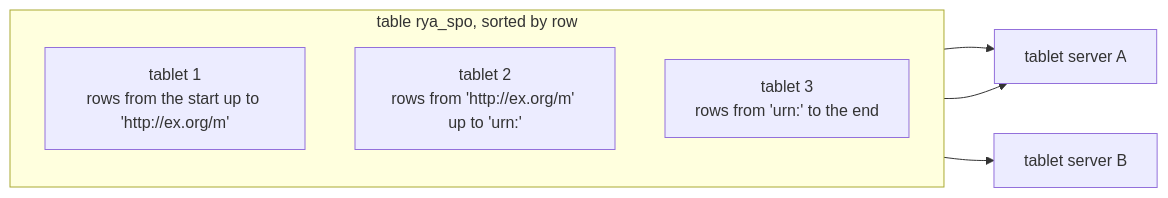
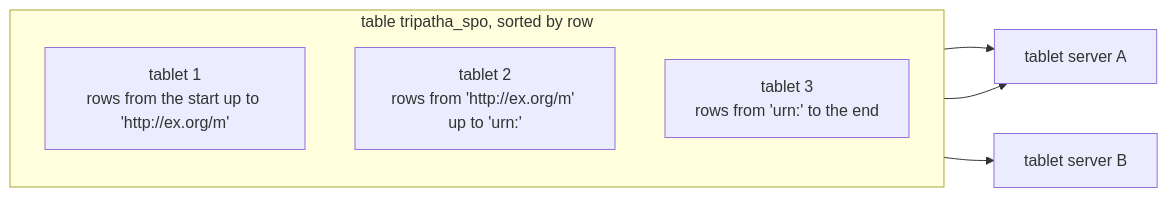
One commit to dgreco/rya-ng changed the second of 21 diagrams in ARCH.md. Above: the diagram before and after it, drawn with Mermaid. The commit also changed other lines of this file and 747 other files, not shown here.

````diff
--- a/ARCH.md
+++ b/ARCH.md
@@ -199,12 +199,12 @@
 ```mermaid
 flowchart LR
-    subgraph table["table rya_spo, sorted by row"]
+    subgraph table["table tripatha_spo, sorted by row"]
         direction TB
         a["tablet 1<br/>rows from the start up to 'http://ex.org/m'"]
         b["tablet 2<br/>rows from 'http://ex.org/m' up to 'urn:'"]
         c["tablet 3<br/>rows from 'urn:' to the end"]
     end
     a --> ts1["tablet server A"]
     b --> ts2["tablet server B"]
     c --> ts1
 ```
````
